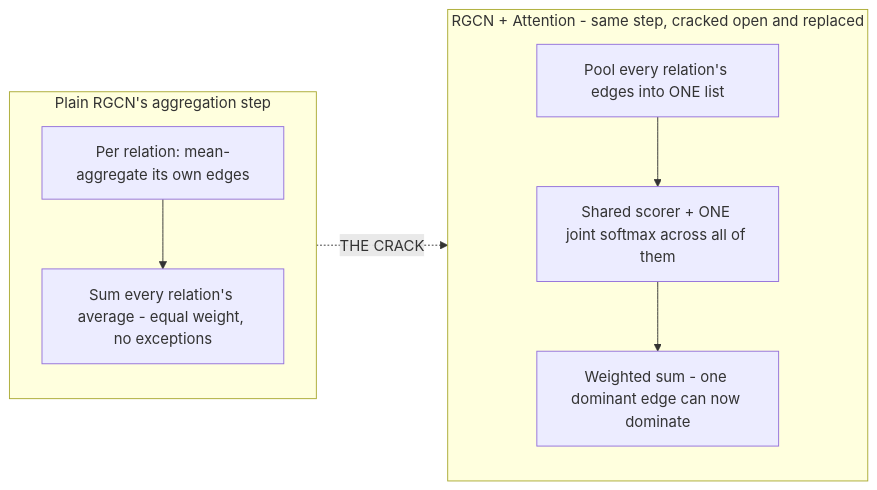
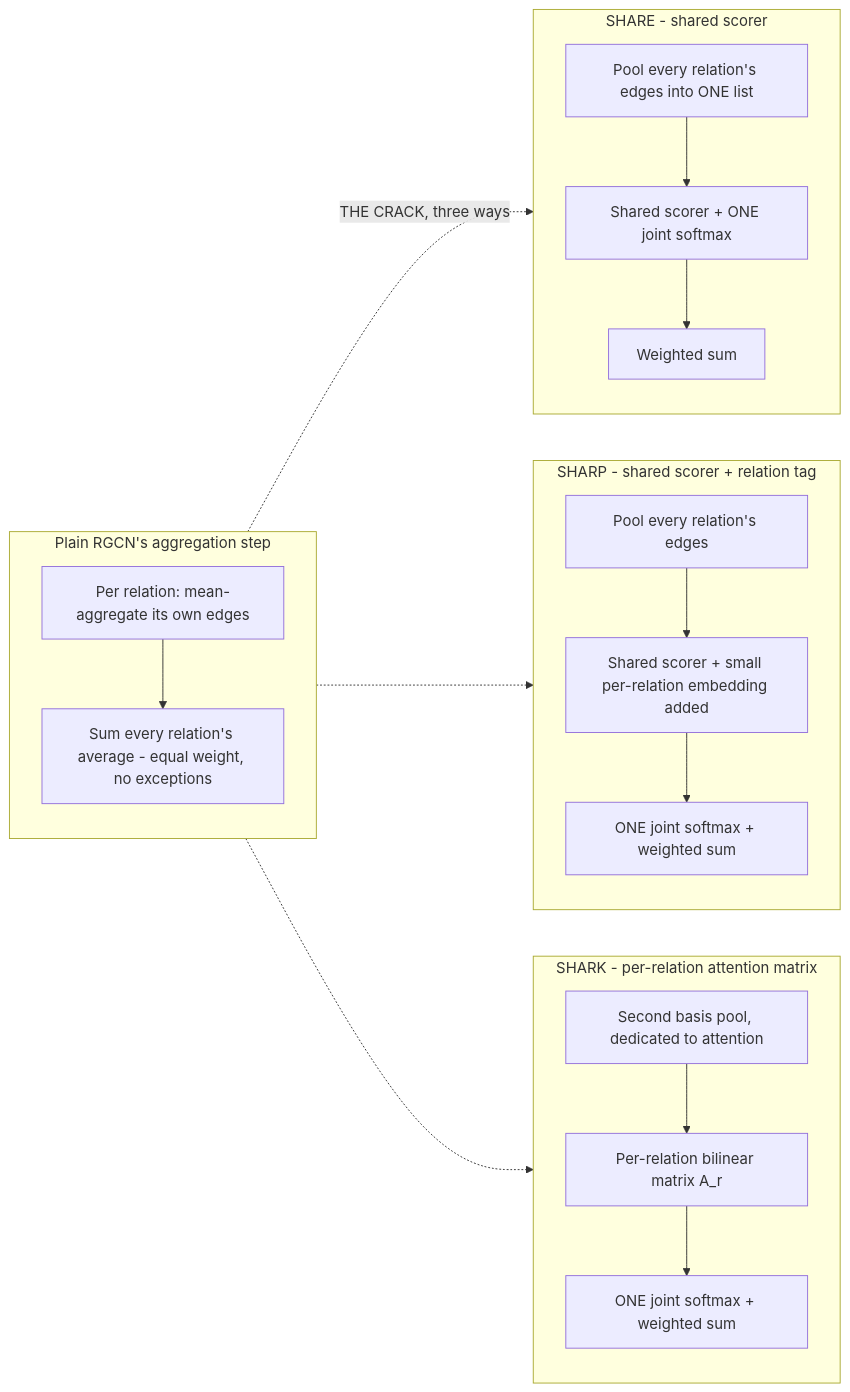
Before and after one commit to murali-ftw/ChainPilot: the sixth of 13 diagrams in reports/info.md, drawn with Mermaid. The commit also changed other lines of this file and 18 other files, not shown here.

````diff
--- a/reports/info.md
+++ b/reports/info.md
@@ -367,12 +319,22 @@
 ```mermaid
 flowchart LR
     subgraph BEFORE["Plain RGCN's aggregation step"]
         direction TB
         B1["Per relation: mean-aggregate its own edges"] --> B2["Sum every relation's average - equal weight, no exceptions"]
     end
-    subgraph AFTER["RGCN + Attention - same step, cracked open and replaced"]
+    subgraph SHARE_C["SHARE - shared scorer"]
         direction TB
-        A1["Pool every relation's edges into ONE list"] --> A2["Shared scorer + ONE joint softmax across all of them"] --> A3["Weighted sum - one dominant edge can now dominate"]
+        S1["Pool every relation's edges into ONE list"] --> S2["Shared scorer + ONE joint softmax"] --> S3["Weighted sum"]
     end
-    BEFORE -. "THE CRACK" .-> AFTER
+    subgraph SHARP_C["SHARP - shared scorer + relation tag"]
+        direction TB
+        P1["Pool every relation's edges"] --> P2["Shared scorer + small per-relation embedding added"] --> P3["ONE joint softmax + weighted sum"]
+    end
+    subgraph SHARK_C["SHARK - per-relation attention matrix"]
+        direction TB
+        K1["Second basis pool, dedicated to attention"] --> K2["Per-relation bilinear matrix A_r"] --> K3["ONE joint softmax + weighted sum"]
+    end
+    BEFORE -. "THE CRACK, three ways" .-> SHARE_C
+    BEFORE -. " " .-> SHARP_C
+    BEFORE -. " " .-> SHARK_C
 ```
````
